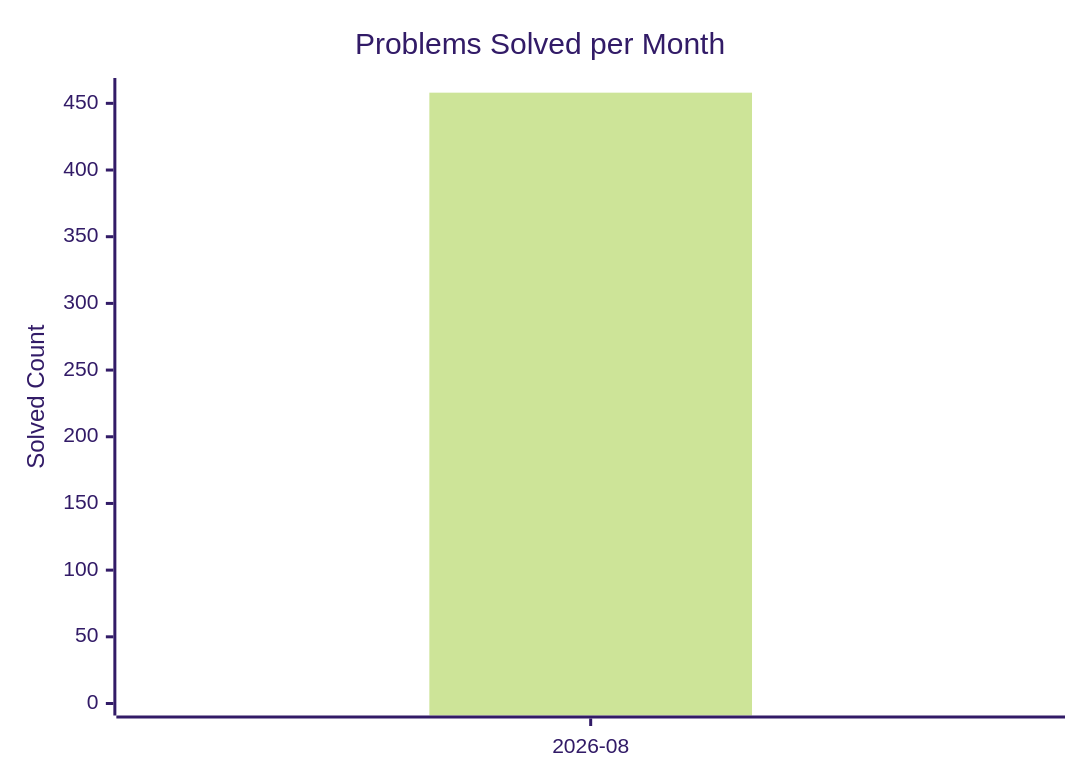
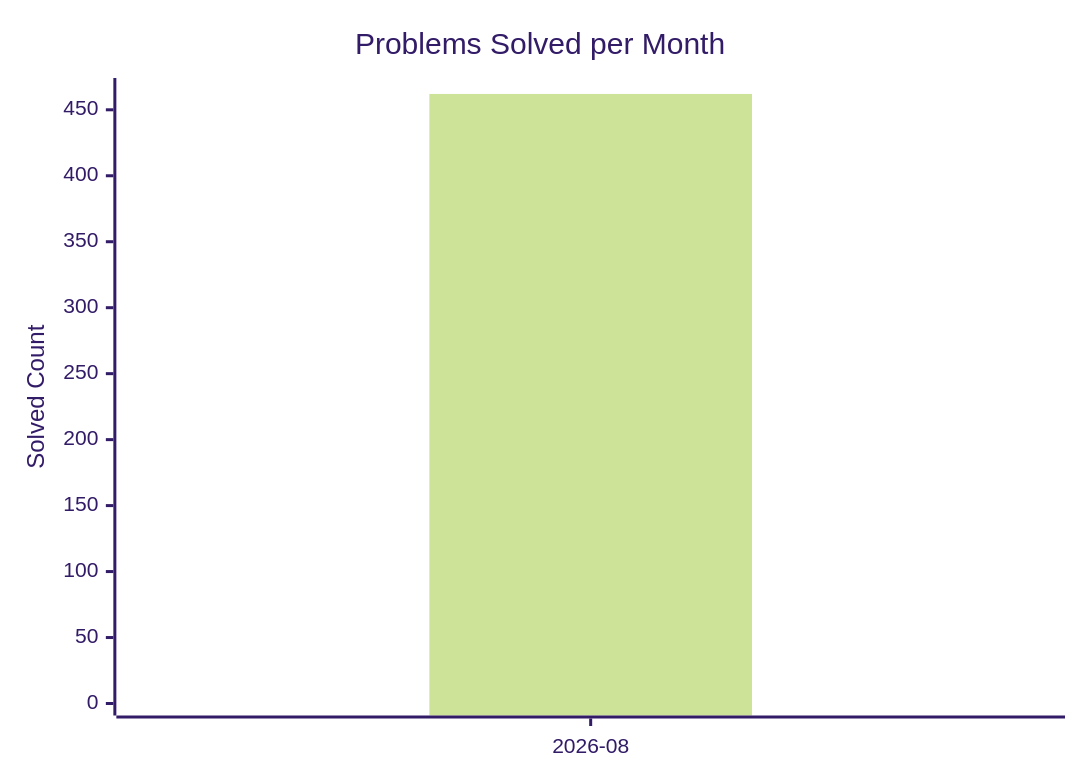
One commit to AdityaPandey-DEV/CP-Progress-Sync changed the diagram in dashboard.md. Above: the diagram before and after it, drawn with Mermaid (forest theme). The commit also changed other lines of this file, not shown here.

Commit message:
Auto-update CP dashboard [skip ci]

````diff
--- a/dashboard.md
+++ b/dashboard.md
@@ -8,8 +8,8 @@
 ```mermaid
 xychart-beta
     title "Problems Solved per Month"
     x-axis ["2026-08"]
-    y-axis "Solved Count" 0 --> 460
-    bar [458]
-    line [458]
+    y-axis "Solved Count" 0 --> 465
+    bar [462]
+    line [462]
 ```
````
